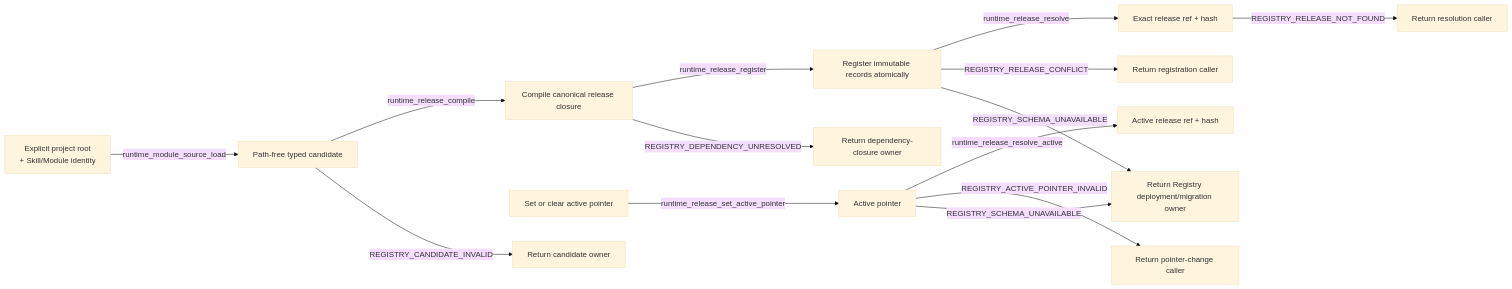
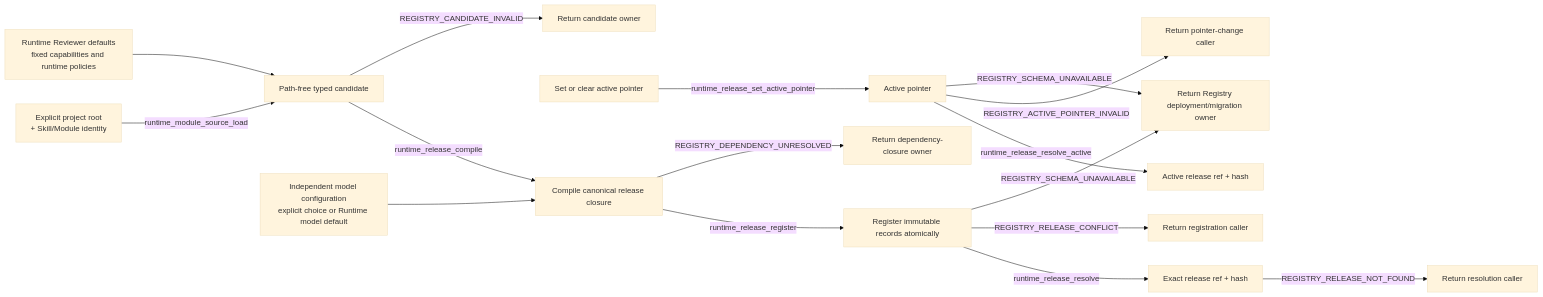
One commit to bobaoai/agent_runtime changed the diagram in designDoc/agent_runtime_01_module_contract_and_assembly.md. Above: the diagram before and after it, drawn with Mermaid (base theme). The commit also changed other lines of this file and 25 other files, not shown here.

````diff
--- a/designDoc/agent_runtime_01_module_contract_and_assembly.md
+++ b/designDoc/agent_runtime_01_module_contract_and_assembly.md
@@ -74,16 +75,18 @@
 ```mermaid
 flowchart LR
     S["Explicit project root<br/>+ Skill/Module identity"] -->|"runtime_module_source_load"| C["Path-free typed candidate"]
     C["Path-free typed candidate"] -->|"runtime_release_compile"| K["Compile canonical release closure"]
     K -->|"runtime_release_register"| R["Register immutable records atomically"]
+    RD["Runtime Reviewer defaults<br/>fixed capabilities and runtime policies"] --> C
+    MC["Independent model configuration<br/>explicit choice or Runtime model default"] --> K
     T["Set or clear active pointer"] -->|"runtime_release_set_active_pointer"| P["Active pointer"]
     R -->|"runtime_release_resolve"| O["Exact release ref + hash"]
     P -->|"runtime_release_resolve_active"| H["Active release ref + hash"]
     C -->|REGISTRY_CANDIDATE_INVALID| FC["Return candidate owner"]
     K -->|REGISTRY_DEPENDENCY_UNRESOLVED| FD["Return dependency-closure owner"]
     R -->|REGISTRY_RELEASE_CONFLICT| FR["Return registration caller"]
     P -->|REGISTRY_ACTIVE_POINTER_INVALID| FA["Return pointer-change caller"]
     O -->|REGISTRY_RELEASE_NOT_FOUND| FN["Return resolution caller"]
     R -->|REGISTRY_SCHEMA_UNAVAILABLE| FS["Return Registry deployment/migration owner"]
     P -->|REGISTRY_SCHEMA_UNAVAILABLE| FS
 ```
````
